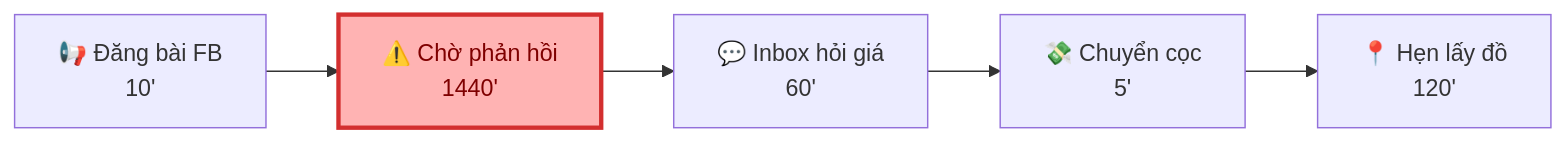
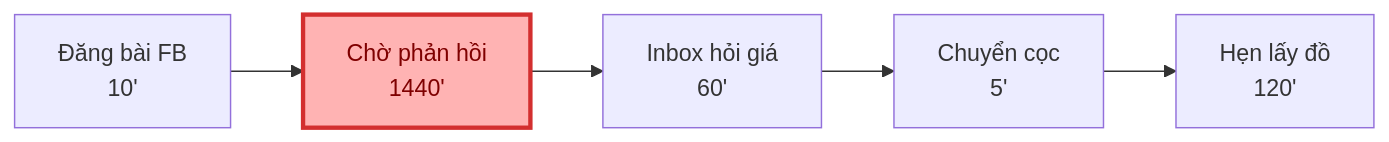
The first of 6 diagrams in 01-individual-problem-scan/01-individual-problem-scan.md (lequanneKMA/Day2-2A202600821-LeNguyenMinhQuan), drawn with Mermaid before and after one commit. The commit also changed other lines of this file, not shown here.

````diff
--- a/01-individual-problem-scan/01-individual-problem-scan.md
+++ b/01-individual-problem-scan/01-individual-problem-scan.md
@@ -186,10 +186,10 @@
 ```mermaid
 flowchart LR
-    A["📢 Đăng bài FB\n10'"]
-    --> B["⚠️ Chờ phản hồi\n1440'"]
-    --> C["💬 Inbox hỏi giá\n60'"]
-    --> D["💸 Chuyển cọc\n5'"]
-    --> E["📍 Hẹn lấy đồ\n120'"]
+    A[" Đăng bài FB\n10'"]
+    --> B[" Chờ phản hồi\n1440'"]
+    --> C[" Inbox hỏi giá\n60'"]
+    --> D[" Chuyển cọc\n5'"]
+    --> E[" Hẹn lấy đồ\n120'"]
 
     style B fill:#ffb3b3,stroke:#d32f2f,stroke-width:3px,color:#7f0000
 ```
````
